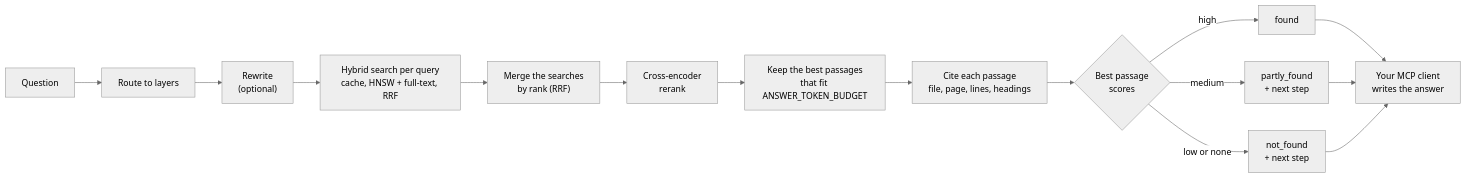
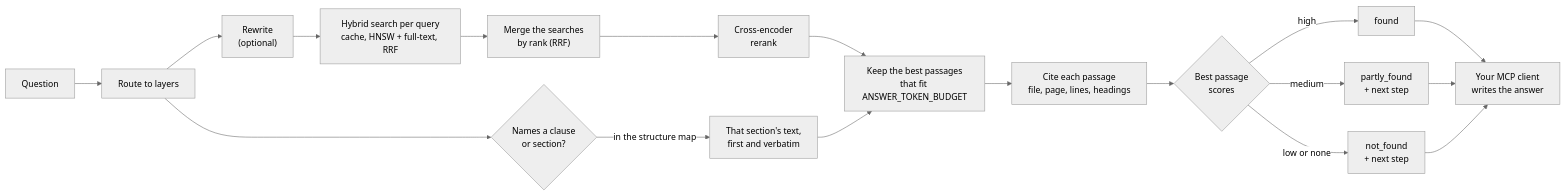
Before and after one commit to boudou/StrataKB: the sixth of 14 diagrams in README.md, drawn with Mermaid (neutral theme). The commit also changed other lines of this file and 36 other files, not shown here.

````diff
--- a/README.md
+++ b/README.md
@@ -164,10 +164,11 @@
 ```mermaid
 flowchart LR
     q["Question"] --> r["Route to layers"] --> rw["Rewrite<br/>(optional)"] --> h["Hybrid search per query<br/>cache, HNSW + full-text, RRF"]
     h --> d["Merge the searches<br/>by rank (RRF)"] --> rr["Cross-encoder<br/>rerank"] --> b["Keep the best passages<br/>that fit ANSWER_TOKEN_BUDGET"]
+    r --> x{"Names a clause<br/>or section?"} -->|"in the structure map"| ex["That section's text,<br/>first and verbatim"] --> b
     b --> c["Cite each passage<br/>file, page, lines, headings"] --> o{"Best passage<br/>scores"}
     o -->|"high"| f["found"]
     o -->|"medium"| pf["partly_found<br/>+ next step"]
     o -->|"low or none"| nf["not_found<br/>+ next step"]
     f & pf & nf --> a["Your MCP client<br/>writes the answer"]
 ```
````
